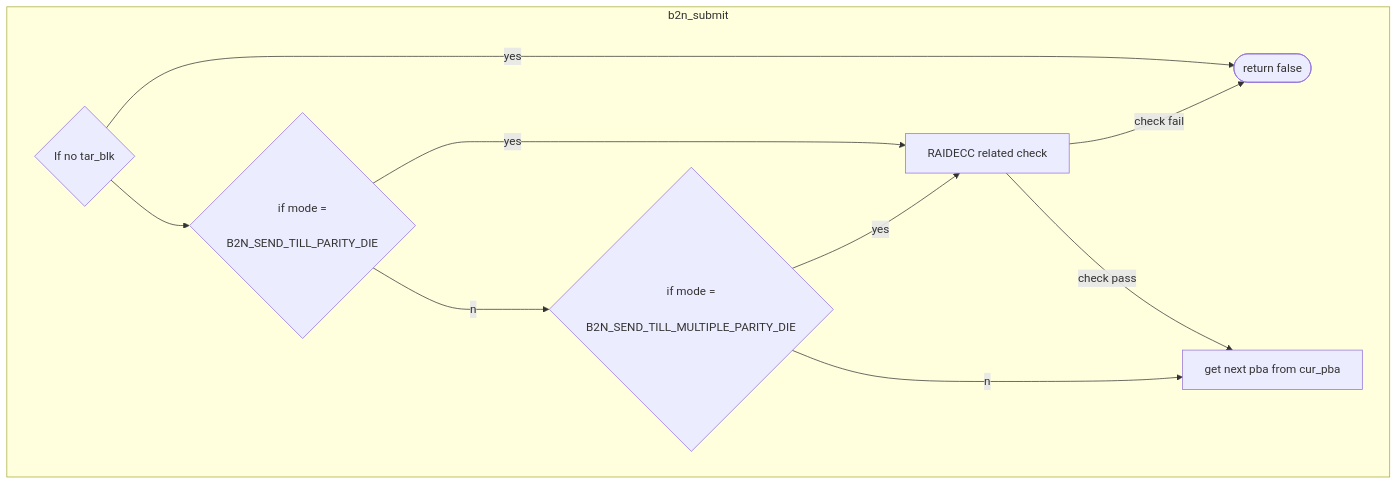
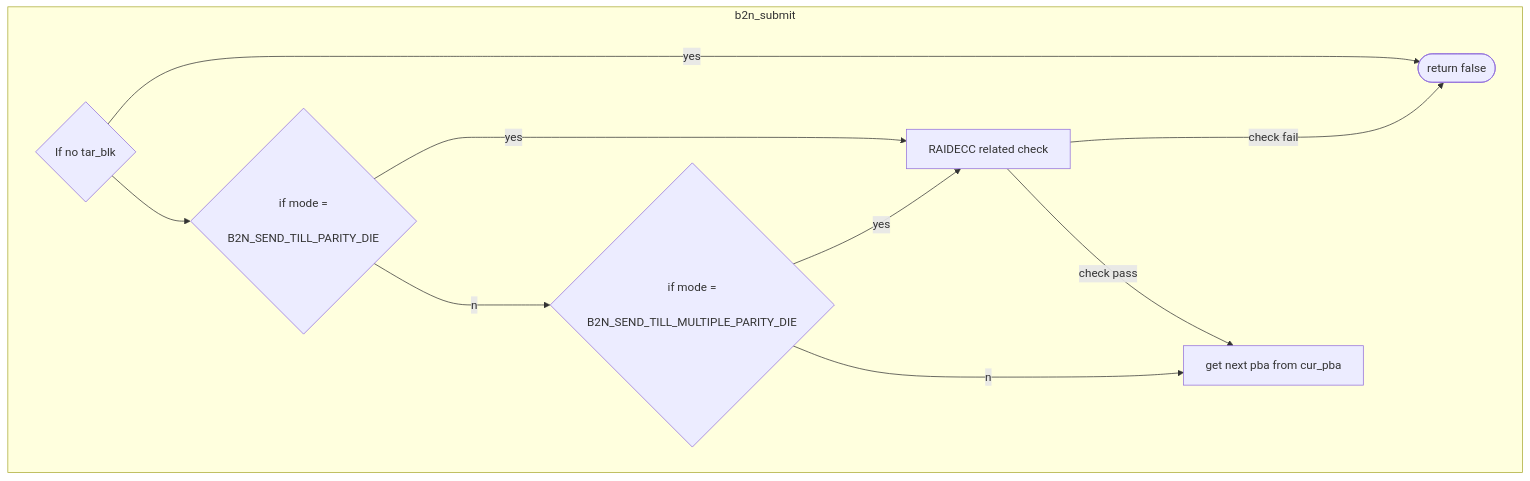
Before and after one commit to jenny112646/iodraw-files: the diagram in all/未命名-2.md, drawn with Mermaid.

Commit message:
2024-06-07 11:02:18 update

````diff
--- a/all/未命名-2.md
+++ b/all/未命名-2.md
@@ -1,17 +1,17 @@
 ```mermaid
 flowchart TD
 subgraph b2n_submit
     direction LR
     c1{"If no tar_blk"} --yes--> c2([return false])
     c1 --> c3{"if mode =
     B2N_SEND_TILL_PARITY_DIE"}
     c3 --yes--> c4["RAIDECC related check"]
     c3 --no--> c5{"if mode =
     B2N_SEND_TILL_MULTIPLE_PARITY_DIE"}
     c5 --yes--> c4["RAIDECC related check"]
     c5 --no--> c6["get next pba from cur_pba"]
-    c4 --"check fail"--> c2
-    c4 --"check pass"--> c6
+    c4 --"check fail"---> c2
+    c4 --"check pass"--> c6 
 
 end
 ```
````
